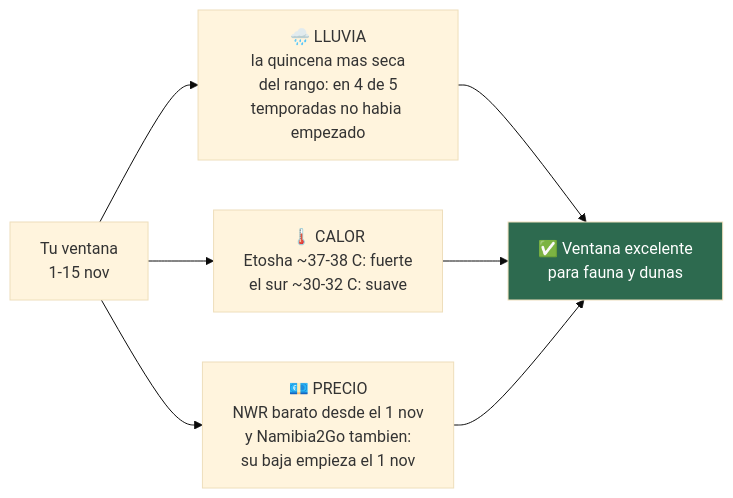
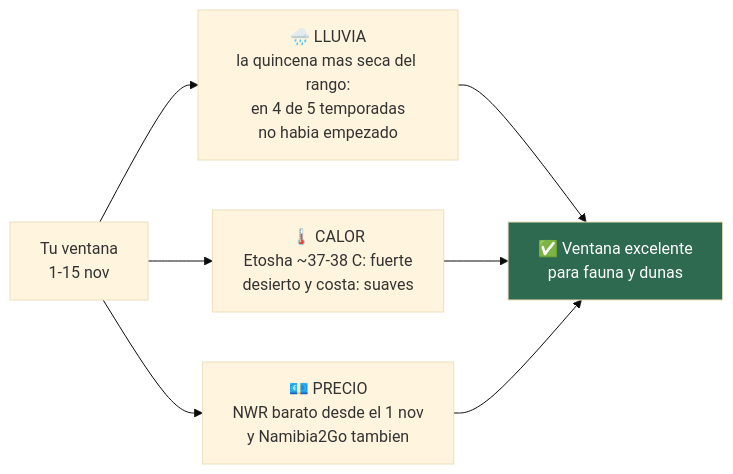
Before and after one commit to morandeirachema/namibia: the third of 6 diagrams in README.md, drawn with Mermaid (base theme). The commit also changed other lines of this file and 4 other files, not shown here.

````diff
--- a/README.md
+++ b/README.md
@@ -108,10 +121,10 @@
 ```mermaid
 flowchart LR
-    A["Tu ventana<br/>1-15 nov"] --> B["🌧️ LLUVIA<br/>la quincena mas seca<br/>del rango: en 4 de 5<br/>temporadas no habia empezado"]
-    A --> C["🌡️ CALOR<br/>Etosha ~37-38 C: fuerte<br/>el sur ~30-32 C: suave"]
-    A --> D["💶 PRECIO<br/>NWR barato desde el 1 nov<br/>y Namibia2Go tambien:<br/>su baja empieza el 1 nov"]
+    A["Tu ventana<br/>1-15 nov"] --> B["🌧️ LLUVIA<br/>la quincena mas seca del rango:<br/>en 4 de 5 temporadas<br/>no habia empezado"]
+    A --> C["🌡️ CALOR<br/>Etosha ~37-38 C: fuerte<br/>desierto y costa: suaves"]
+    A --> D["💶 PRECIO<br/>NWR barato desde el 1 nov<br/>y Namibia2Go tambien"]
     B --> E["✅ Ventana excelente<br/>para fauna y dunas"]
     C --> E
     D --> E
     style E fill:#2d6a4f,color:#fff
 ```
````
